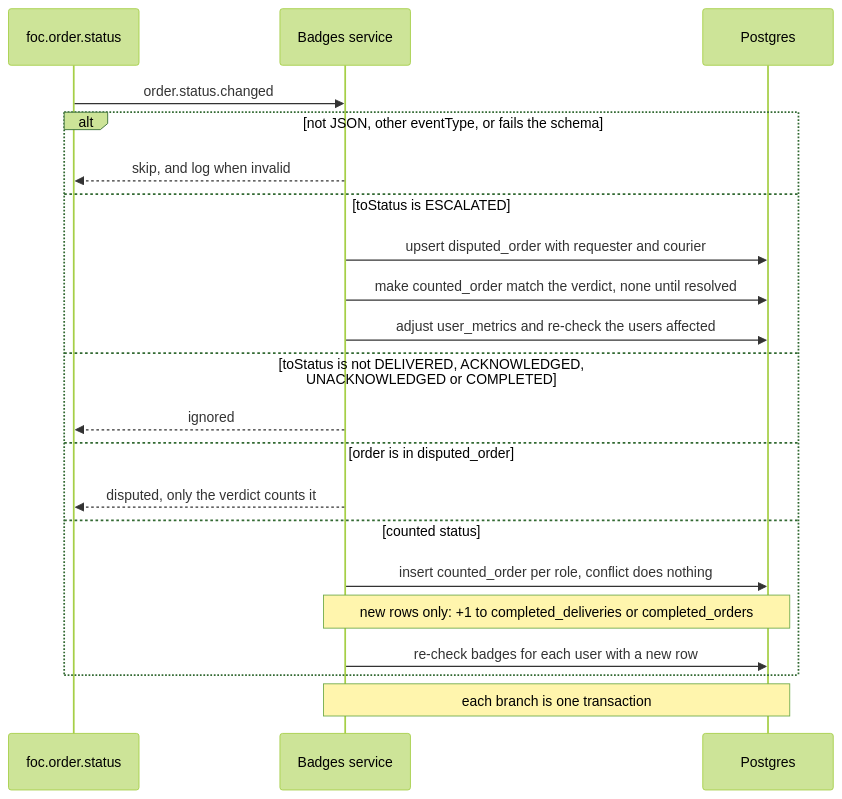
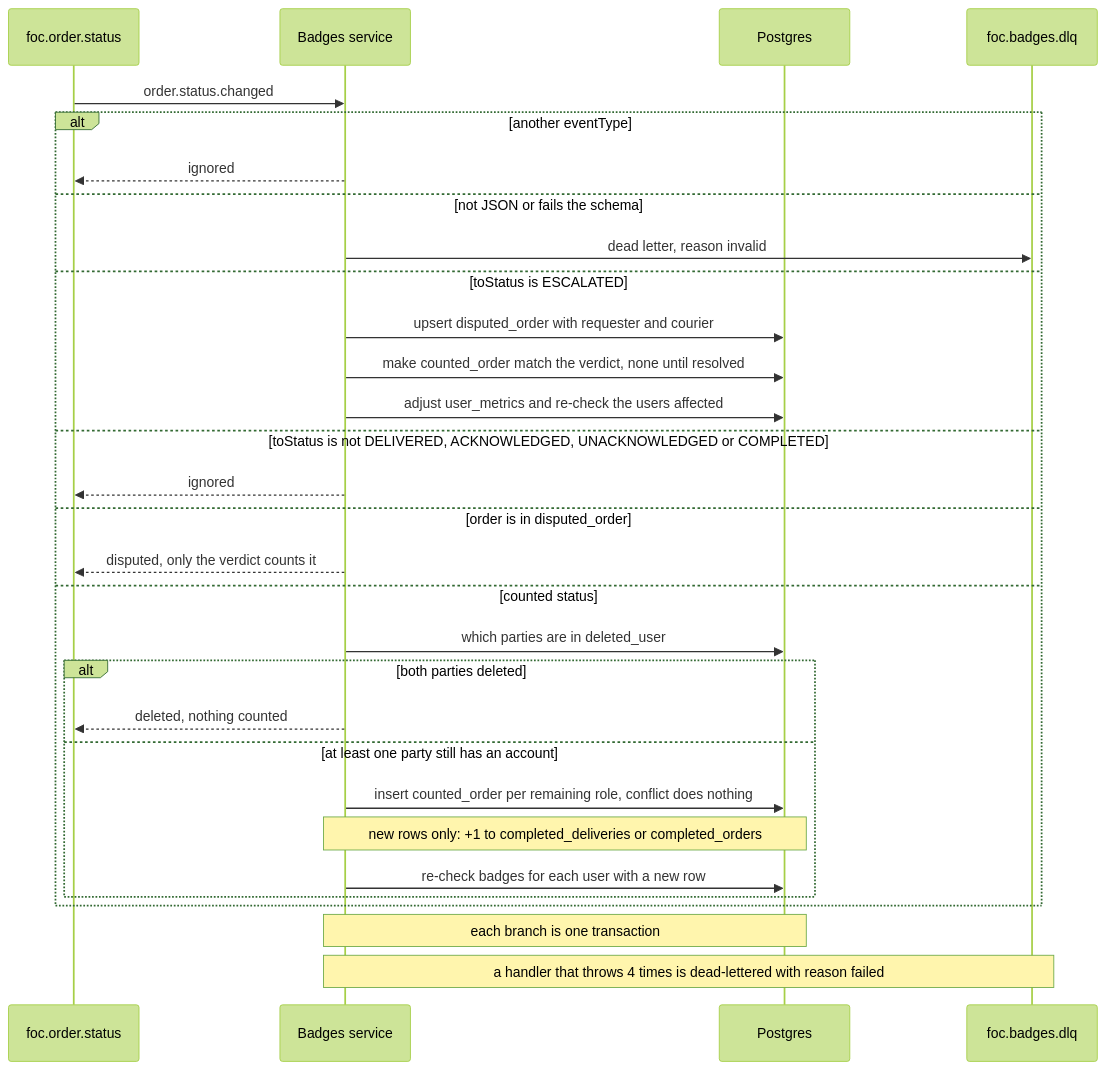
The diagram in badges-service/docs/seq-order-event.mmd (CS3219-AY2627S1/FoC-Template), drawn with Mermaid (forest theme) before and after one commit. The commit also changed 13 other files, not shown here.

```diff
--- a/badges-service/docs/seq-order-event.mmd
+++ b/badges-service/docs/seq-order-event.mmd
@@ -1,22 +1,31 @@
 sequenceDiagram
     participant Kafka as foc.order.status
     participant Badges as Badges service
     participant DB as Postgres
+    participant DLQ as foc.badges.dlq
 
     Kafka->>Badges: order.status.changed
-    alt not JSON, other eventType, or fails the schema
-        Badges-->>Kafka: skip, and log when invalid
+    alt another eventType
+        Badges-->>Kafka: ignored
+    else not JSON or fails the schema
+        Badges->>DLQ: dead letter, reason invalid
     else toStatus is ESCALATED
         Badges->>DB: upsert disputed_order with requester and courier
         Badges->>DB: make counted_order match the verdict, none until resolved
         Badges->>DB: adjust user_metrics and re-check the users affected
     else toStatus is not DELIVERED, ACKNOWLEDGED, UNACKNOWLEDGED or COMPLETED
         Badges-->>Kafka: ignored
     else order is in disputed_order
         Badges-->>Kafka: disputed, only the verdict counts it
     else counted status
-        Badges->>DB: insert counted_order per role, conflict does nothing
-        Note over Badges,DB: new rows only: +1 to completed_deliveries or completed_orders
-        Badges->>DB: re-check badges for each user with a new row
+        Badges->>DB: which parties are in deleted_user
+        alt both parties deleted
+            Badges-->>Kafka: deleted, nothing counted
+        else at least one party still has an account
+            Badges->>DB: insert counted_order per remaining role, conflict does nothing
+            Note over Badges,DB: new rows only: +1 to completed_deliveries or completed_orders
+            Badges->>DB: re-check badges for each user with a new row
+        end
     end
     Note over Badges,DB: each branch is one transaction
+    Note over Badges,DLQ: a handler that throws 4 times is dead-lettered with reason failed
```
